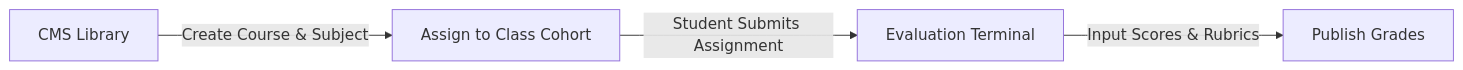
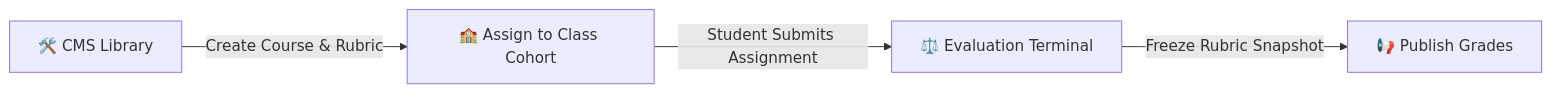
One commit to HuyVuCV1011/Teaching-os-STE changed the second of 2 diagrams in README.md. Above: the diagram before and after it, drawn with Mermaid. The commit also changed other lines of this file and 11 other files, not shown here.

Commit message:
feat: secure student session, assignment editor, rubric snapshots, and document viewer

````diff
--- a/README.md
+++ b/README.md
@@ -55,6 +58,6 @@
 ```mermaid
 graph LR
-    CMS[CMS Library] -->|Create Course & Subject| Cohort[Assign to Class Cohort]
-    Cohort -->|Student Submits Assignment| Grading[Evaluation Terminal]
-    Grading -->|Input Scores & Rubrics| Publish[Publish Grades]
+    CMS["🛠️ CMS Library"] -->|Create Course & Rubric| Cohort["🏫 Assign to Class Cohort"]
+    Cohort -->|Student Submits Assignment| Grading["⚖️ Evaluation Terminal"]
+    Grading -->|Freeze Rubric Snapshot| Publish["📢 Publish Grades"]
 ```
````
